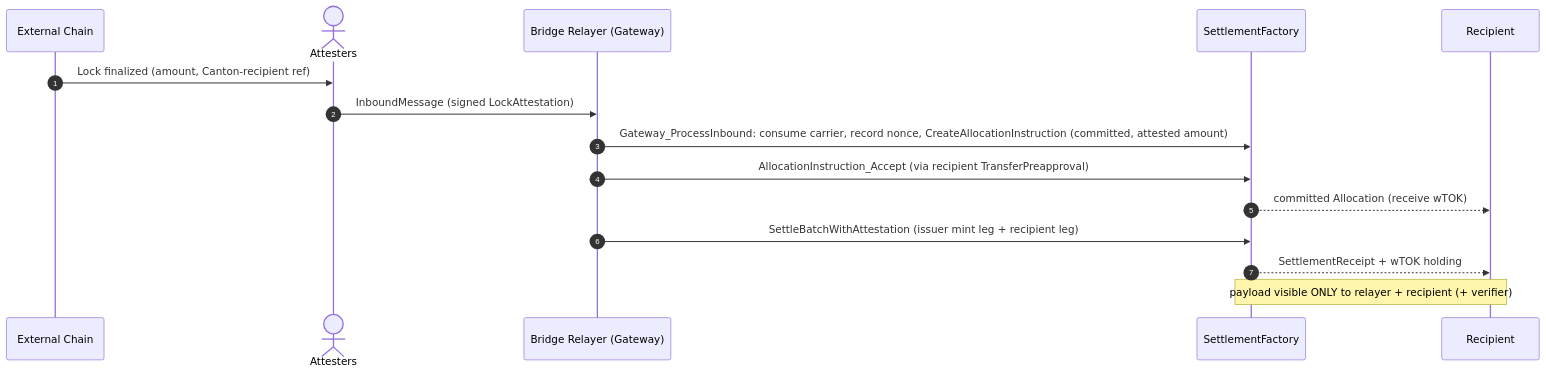
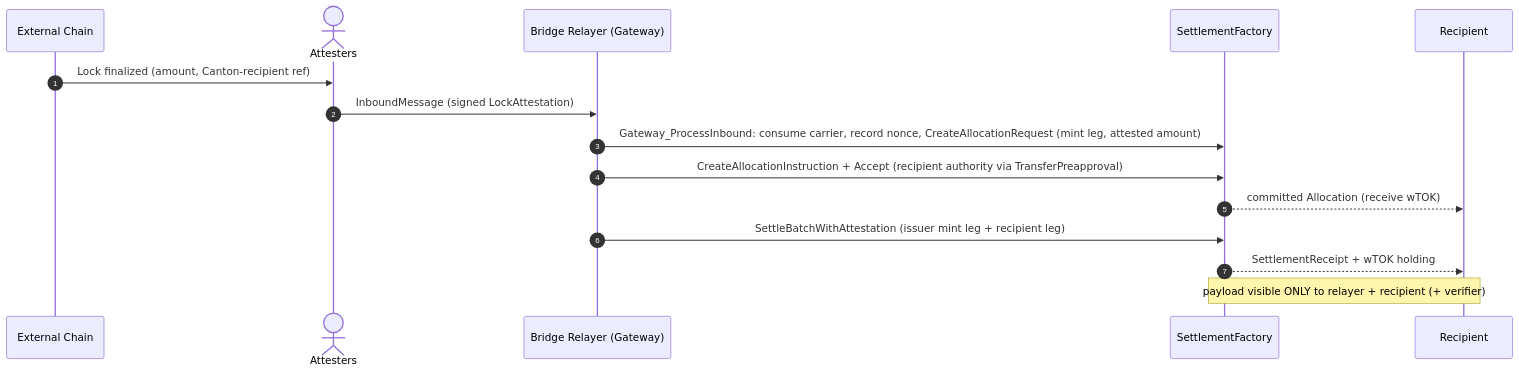
Before and after one commit to OpenZeppelin/canton-specs: the fifth of 5 diagrams in docs/ri-reports/03-cross-chain-stablecoin.md, drawn with Mermaid. The commit also changed other lines of this file, not shown here.

````diff
--- a/docs/ri-reports/03-cross-chain-stablecoin.md
+++ b/docs/ri-reports/03-cross-chain-stablecoin.md
@@ -228,18 +233,18 @@
 ```mermaid
 sequenceDiagram
     autonumber
     participant Ext as External Chain
     actor Attesters
     participant Relayer as Bridge Relayer (Gateway)
     participant SettleFactory as SettlementFactory
     participant Recipient
 
     Ext->>Attesters: Lock finalized (amount, Canton-recipient ref)
     Attesters->>Relayer: InboundMessage (signed LockAttestation)
-    Relayer->>SettleFactory: Gateway_ProcessInbound: consume carrier, record nonce, CreateAllocationInstruction (committed, attested amount)
-    Relayer->>SettleFactory: AllocationInstruction_Accept (via recipient TransferPreapproval)
+    Relayer->>SettleFactory: Gateway_ProcessInbound: consume carrier, record nonce, CreateAllocationRequest (mint leg, attested amount)
+    Relayer->>SettleFactory: CreateAllocationInstruction + Accept (recipient authority via TransferPreapproval)
     SettleFactory-->>Recipient: committed Allocation (receive wTOK)
     Relayer->>SettleFactory: SettleBatchWithAttestation (issuer mint leg + recipient leg)
     SettleFactory-->>Recipient: SettlementReceipt + wTOK holding
     Note over SettleFactory,Recipient: payload visible ONLY to relayer + recipient (+ verifier)
 ```
````
